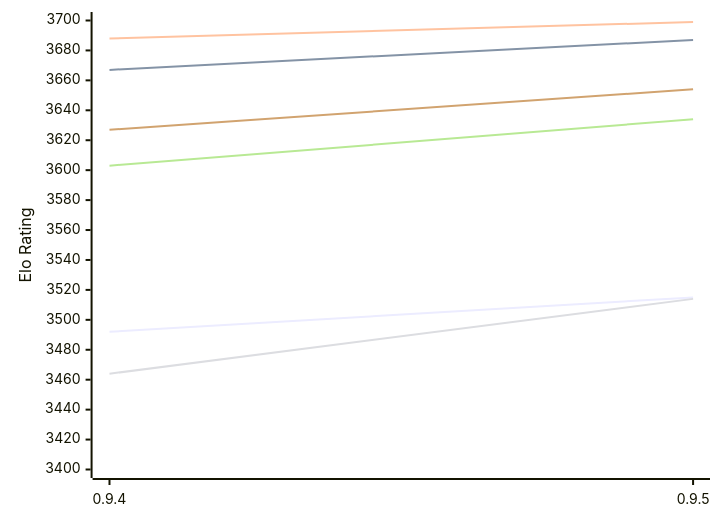
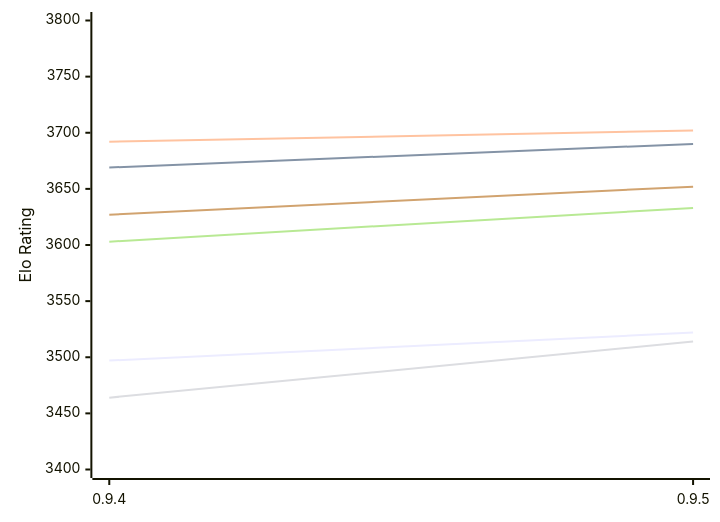
The first of 2 diagrams in engines/Coda.md (computer-chess-index/cci), drawn with Mermaid before and after one commit. The commit also changed other lines of this file, not shown here.

Commit message:
Update CCI Ratings (ELO VLTC) - 2026-11-22

````diff
--- a/engines/Coda.md
+++ b/engines/Coda.md
@@ -52,12 +52,12 @@
 ```mermaid
 %%{init: {"theme":"base","themeVariables":{"seriesColors:['#a3a3a3','#222221','#faa371']}}}%%
 xychart-beta
   x-axis ["0.9.4", "0.9.5"]
-  y-axis "Elo Rating" 3400 --> 3700
-  line "E1: STC (8.0+0.08s)" [3492, 3515]
-  line "E1: LTC (60.0+0.60s)" [3667, 3687]
-  line "E1: VLTC (2m24s+1.12s)" [3688, 3699]
+  y-axis "Elo Rating" 3400 --> 3800
+  line "E1: STC (8.0+0.08s)" [3497, 3522]
+  line "E1: LTC (60.0+0.60s)" [3669, 3690]
+  line "E1: VLTC (2m24s+1.12s)" [3692, 3702]
   line "P1: STC (8.0+0.08s)" [3464, 3514]
-  line "P1: LTC (60.0+0.60s)" [3603, 3634]
-  line "P1: VLTC (2m24s+1.12s)" [3627, 3654]
+  line "P1: LTC (60.0+0.60s)" [3603, 3633]
+  line "P1: VLTC (2m24s+1.12s)" [3627, 3652]
 ```
````
